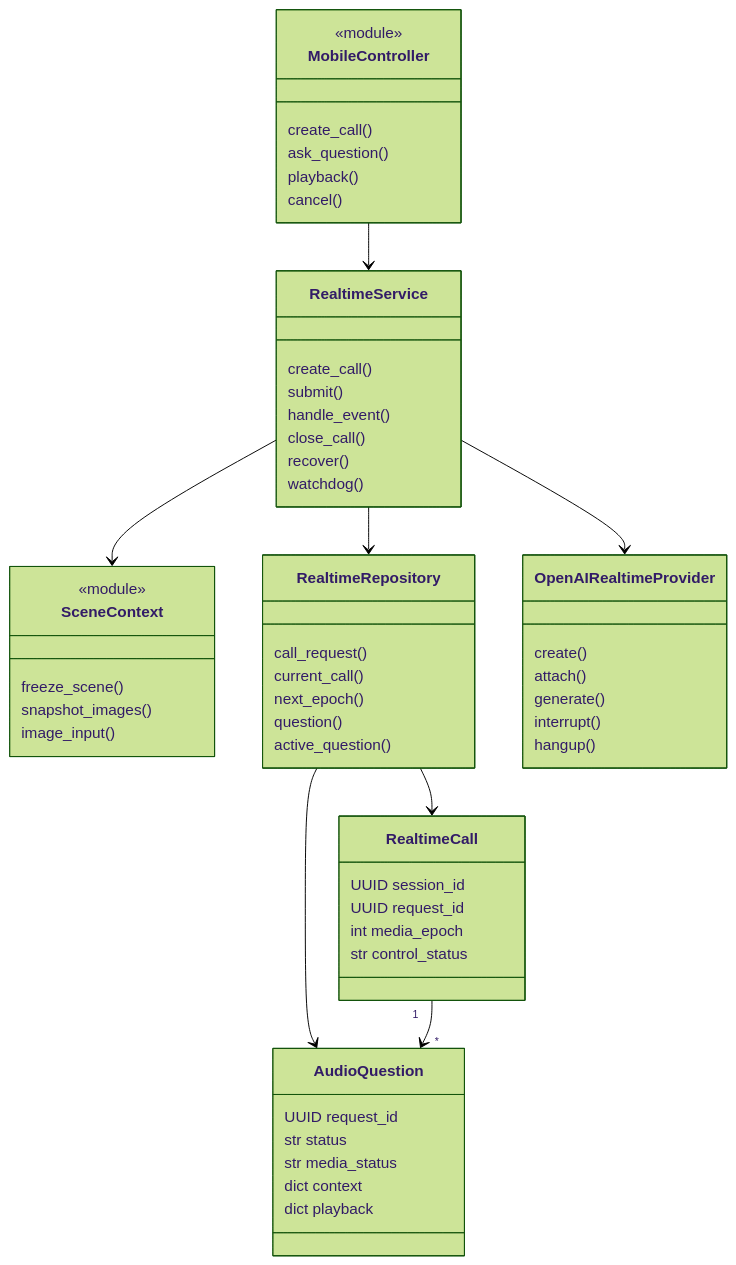
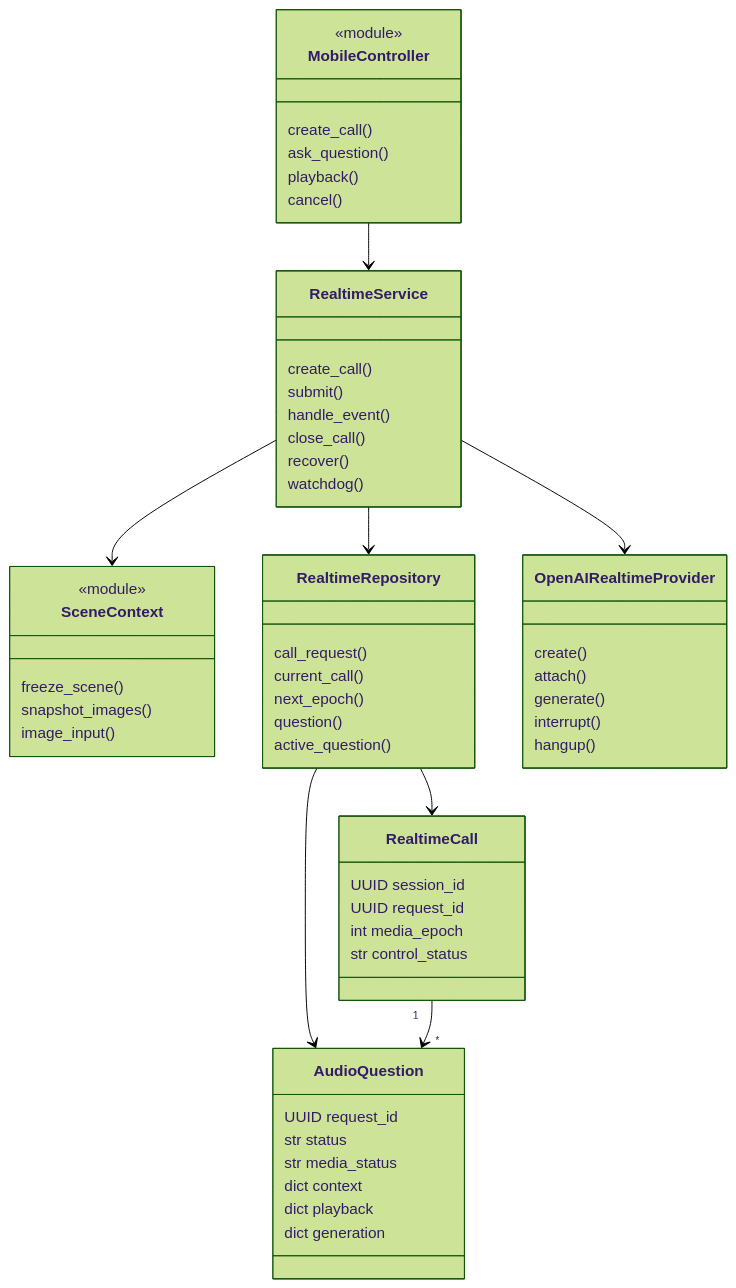
The diagram in docs/diagrams/18-classes-realtime.mmd (Mindsept/Looki--Vision), drawn with Mermaid (forest theme) before and after one commit. The commit also changed 44 other files, not shown here.

```diff
--- a/docs/diagrams/18-classes-realtime.mmd
+++ b/docs/diagrams/18-classes-realtime.mmd
@@ -1,56 +1,57 @@
 classDiagram
     class MobileController {
         <<module>>
         create_call()
         ask_question()
         playback()
         cancel()
     }
     class RealtimeService {
         create_call()
         submit()
         handle_event()
         close_call()
         recover()
         watchdog()
     }
     class SceneContext {
         <<module>>
         freeze_scene()
         snapshot_images()
         image_input()
     }
     class RealtimeRepository {
         call_request()
         current_call()
         next_epoch()
         question()
         active_question()
     }
     class OpenAIRealtimeProvider {
         create()
         attach()
         generate()
         interrupt()
         hangup()
     }
     class RealtimeCall {
         UUID session_id
         UUID request_id
         int media_epoch
         str control_status
     }
     class AudioQuestion {
         UUID request_id
         str status
         str media_status
         dict context
         dict playback
+        dict generation
     }
     MobileController --> RealtimeService
     RealtimeService --> SceneContext
     RealtimeService --> RealtimeRepository
     RealtimeService --> OpenAIRealtimeProvider
     RealtimeRepository --> RealtimeCall
     RealtimeRepository --> AudioQuestion
     RealtimeCall "1" --> "*" AudioQuestion
```
